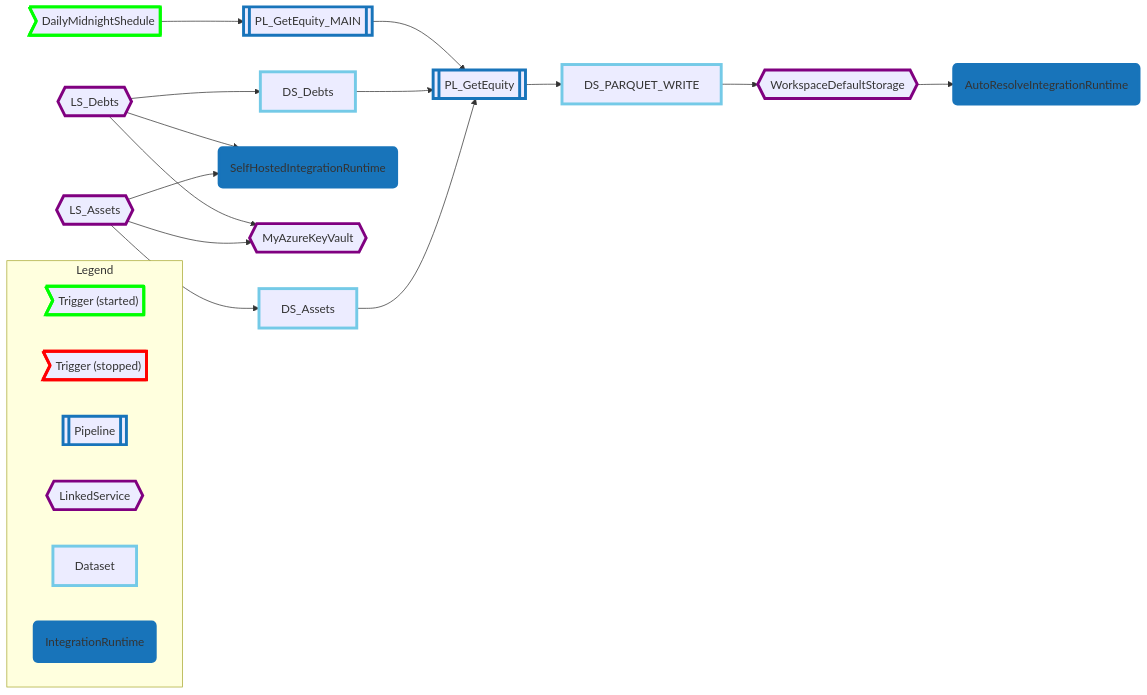
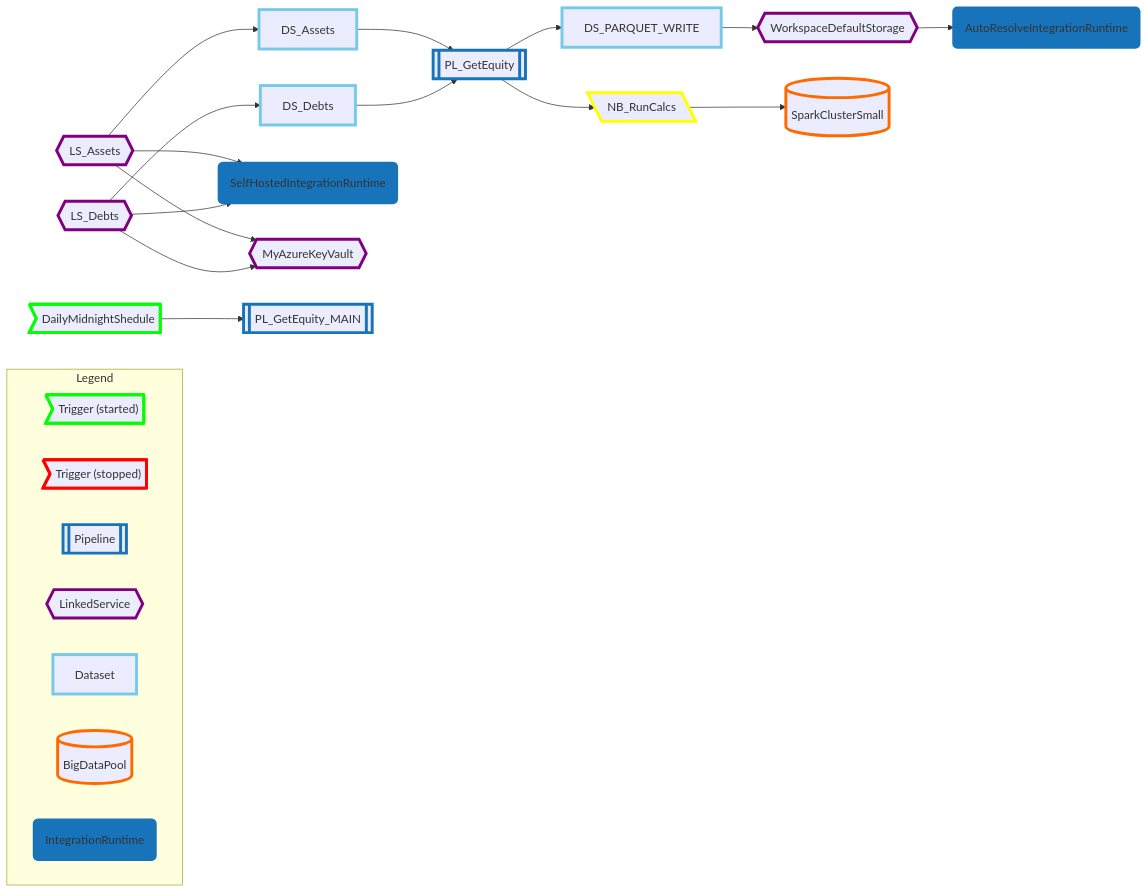
The diagram in readme.md (mzhukovs/synapse-graph-devops-ext), drawn with Mermaid before and after one commit. The commit also changed 6 other files, not shown here.

Commit message:
add additional setting for Azure DevOps vs. GitHub mermaid syntax and add screenshot

````diff
--- a/readme.md
+++ b/readme.md
@@ -30,39 +30,41 @@
 ```mermaid
 graph LR;
 
         classDef redBorder stroke:red,stroke-width:4px;
         classDef greenBorder stroke:#0f0,stroke-width:4px;
         classDef blueBorder stroke:#1874BA,stroke-width:4px;
         classDef blueFill stroke:#1874BA,fill:#1874BA,stroke-width:4px;
         classDef lightBlueBorder stroke:#74CAE7,stroke-width:4px;
         classDef lightBlueFill stroke:#74CAE7,fill:#74CAE7,stroke-width:4px,color:black;
         classDef orangeBorder stroke:#FF6A00,stroke-width:4px;
         classDef yellowBorder stroke:yellow,stroke-width:4px;
         classDef whiteBorder stroke:white,stroke-width:4px;
         classDef purpleBorder stroke:purple,stroke-width:4px;
         classDef grayBorder stroke:gray,stroke-width:4px;
         classDef grayFill stroke:gray,fill:gray,stroke-width:4px;
-    
+
 subgraph Legend
 direction RL;
 LegendTriggerStarted>"Trigger (started)"]:::greenBorder
 LegendTriggerStopped>"Trigger (stopped)"]:::redBorder
 LegendPipeline[["Pipeline"]]:::blueBorder
 LegendLinkedService{{"LinkedService"}}:::purpleBorder
 LegendDataset["Dataset"]:::lightBlueBorder
+LegendBigDataPool[("BigDataPool")]:::orangeBorder
 LegendIntegrationRuntime("IntegrationRuntime"):::blueFill
 end
 0{{"WorkspaceDefaultStorage"}}:::purpleBorder --> 7("AutoResolveIntegrationRuntime"):::blueFill
 2["DS_PARQUET_WRITE"]:::lightBlueBorder --> 0{{"WorkspaceDefaultStorage"}}:::purpleBorder
 3["DS_Assets"]:::lightBlueBorder --> 11[["PL_GetEquity"]]:::blueBorder
 4{{"LS_Assets"}}:::purpleBorder --> 10{{"MyAzureKeyVault"}}:::purpleBorder
 4{{"LS_Assets"}}:::purpleBorder --> 9("SelfHostedIntegrationRuntime"):::blueFill
 4{{"LS_Assets"}}:::purpleBorder --> 3["DS_Assets"]:::lightBlueBorder
 5["DS_Debts"]:::lightBlueBorder --> 11[["PL_GetEquity"]]:::blueBorder
 6{{"LS_Debts"}}:::purpleBorder --> 10{{"MyAzureKeyVault"}}:::purpleBorder
 6{{"LS_Debts"}}:::purpleBorder --> 9("SelfHostedIntegrationRuntime"):::blueFill
 6{{"LS_Debts"}}:::purpleBorder --> 5["DS_Debts"]:::lightBlueBorder
 11[["PL_GetEquity"]]:::blueBorder --> 2["DS_PARQUET_WRITE"]:::lightBlueBorder
-12[["PL_GetEquity_MAIN"]]:::blueBorder --> 11[["PL_GetEquity"]]:::blueBorder
+11[["PL_GetEquity"]]:::blueBorder --> 14[\"NB_RunCalcs"\]:::yellowBorder
+14[\"NB_RunCalcs"\]:::yellowBorder  --> 15[("SparkClusterSmall")]:::orangeBorder
 13>"DailyMidnightShedule"]:::greenBorder --> 12[["PL_GetEquity_MAIN"]]:::blueBorder
 ```
````
